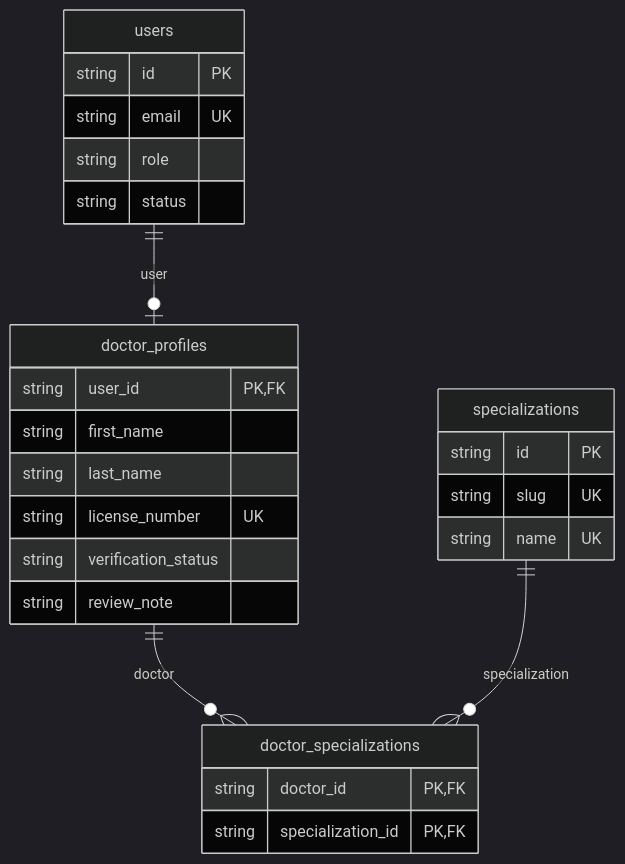
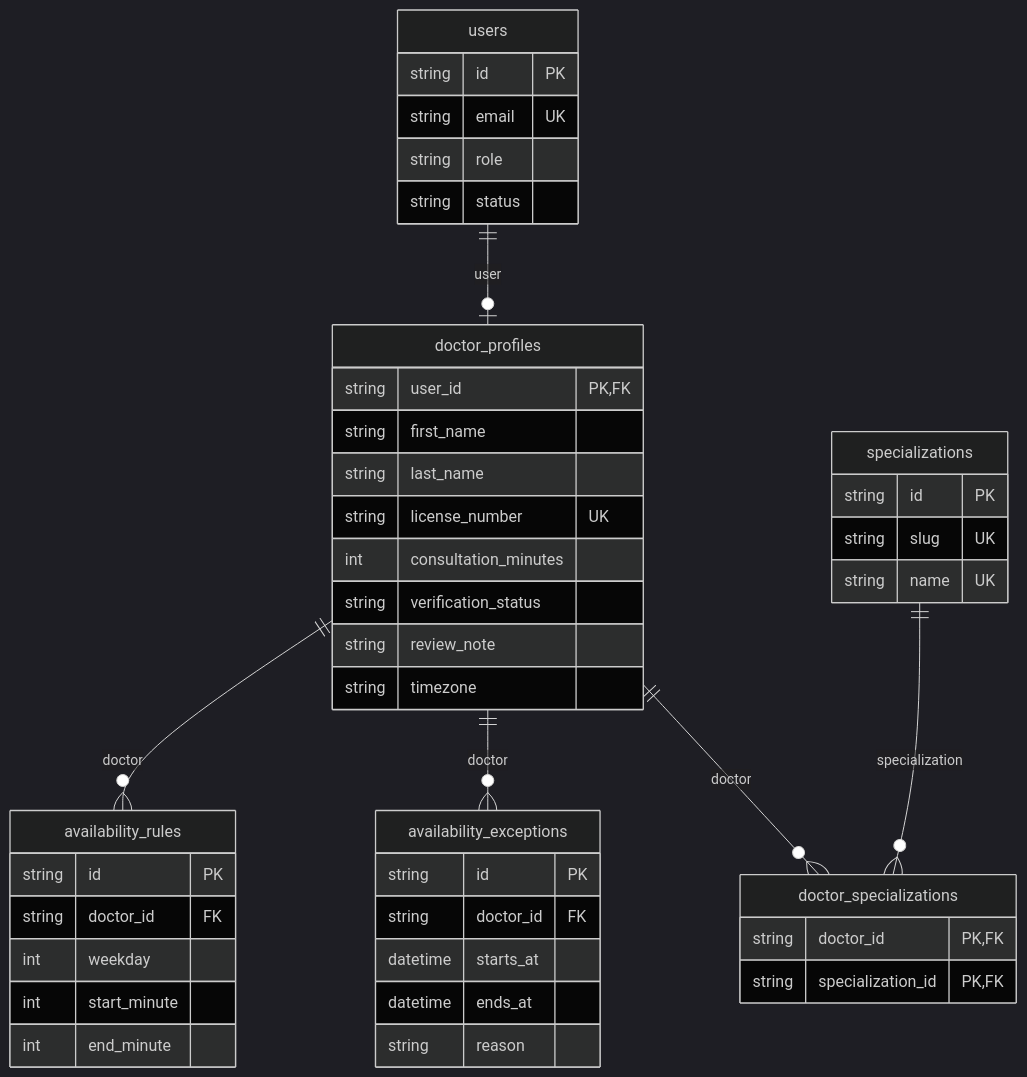
Before and after one commit to alhexjustine/telehealth: the second of 2 diagrams in docs/modules/doctor.md, drawn with Mermaid (dark theme). The commit also changed other lines of this file and 44 other files, not shown here.

First line of the commit message:
feat: add doctor schedules, time off, and slot calculation (add-doctor-availability)

````diff
--- a/docs/modules/doctor.md
+++ b/docs/modules/doctor.md
@@ -34,29 +52,47 @@
 ```mermaid
 erDiagram
   users {
     string id PK
     string email UK
     string role
     string status
   }
   doctor_profiles {
     string user_id PK,FK
     string first_name
     string last_name
     string license_number UK
+    int consultation_minutes
     string verification_status
     string review_note
+    string timezone
+  }
+  availability_rules {
+    string id PK
+    string doctor_id FK
+    int weekday
+    int start_minute
+    int end_minute
+  }
+  availability_exceptions {
+    string id PK
+    string doctor_id FK
+    datetime starts_at
+    datetime ends_at
+    string reason
   }
   specializations {
     string id PK
     string slug UK
     string name UK
   }
   doctor_specializations {
     string doctor_id PK,FK
     string specialization_id PK,FK
   }
   users ||--o| doctor_profiles : "user"
+  doctor_profiles ||--o{ availability_rules : "doctor"
+  doctor_profiles ||--o{ availability_exceptions : "doctor"
   doctor_profiles ||--o{ doctor_specializations : "doctor"
   specializations ||--o{ doctor_specializations : "specialization"
 ```
````
